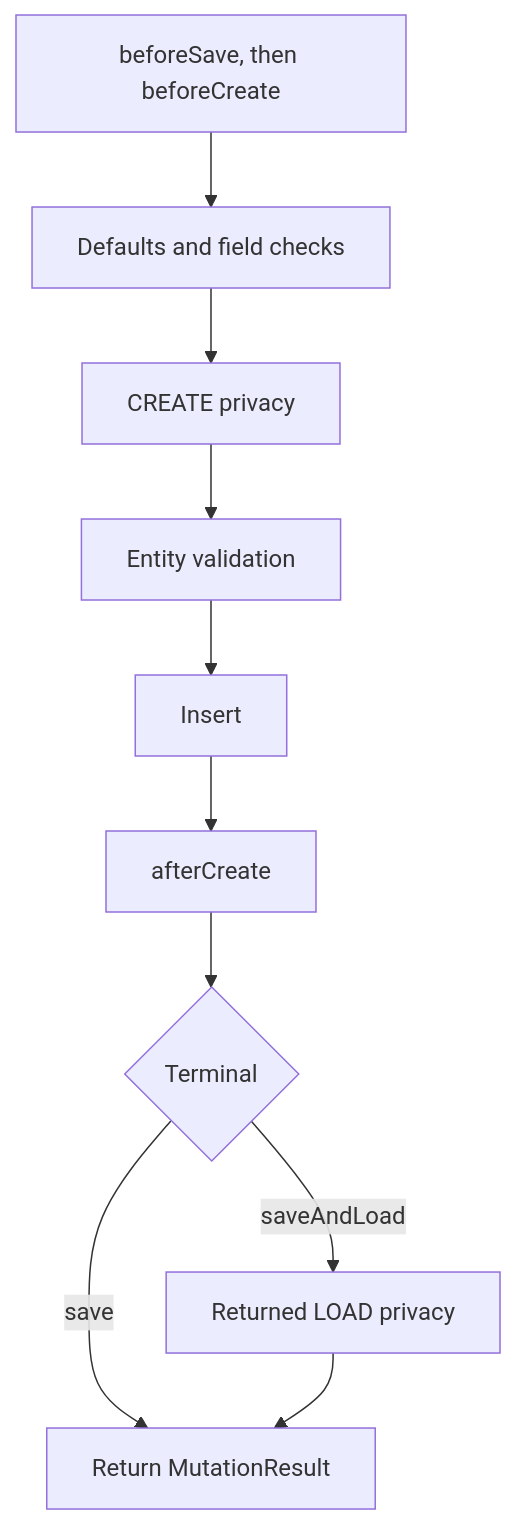
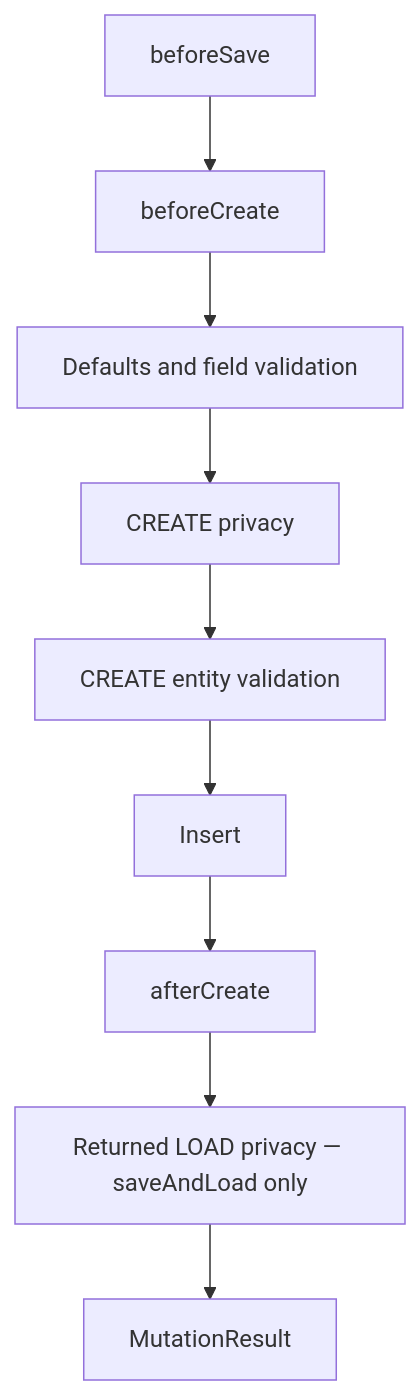
The second of 4 diagrams in docs/operation-lifecycle.md (CaseyMcGuire/EntKt), drawn with Mermaid before and after one commit. The commit also changed other lines of this file, not shown here.

````diff
--- a/docs/operation-lifecycle.md
+++ b/docs/operation-lifecycle.md
@@ -124,12 +124,11 @@
 ```mermaid
 flowchart TD
-    hooks["beforeSave, then beforeCreate"] --> fields["Defaults and field checks"]
+    beforeSave["beforeSave"] --> beforeCreate["beforeCreate"]
+    beforeCreate --> fields["Defaults and field validation"]
     fields --> privacy["CREATE privacy"]
-    privacy --> validation["Entity validation"]
-    validation --> write["Insert"]
-    write --> after["afterCreate"]
-    after --> terminal{"Terminal"}
-    terminal -- save --> result["Return MutationResult"]
-    terminal -- saveAndLoad --> load["Returned LOAD privacy"]
-    load --> result
+    privacy --> validation["CREATE entity validation"]
+    validation --> insert["Insert"]
+    insert --> after["afterCreate"]
+    after --> load["Returned LOAD privacy — saveAndLoad only"]
+    load --> result["MutationResult"]
 ```
````
